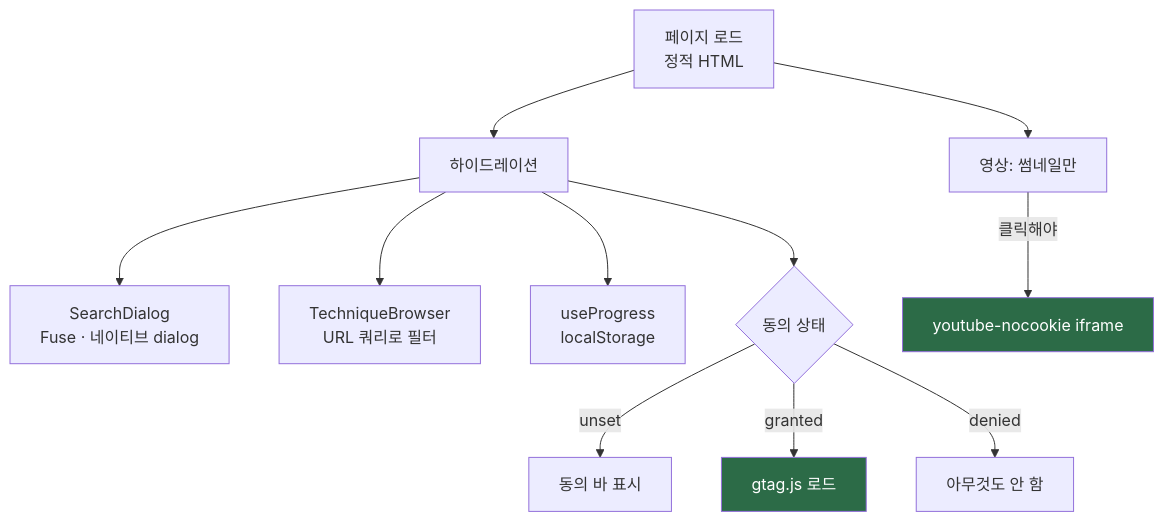
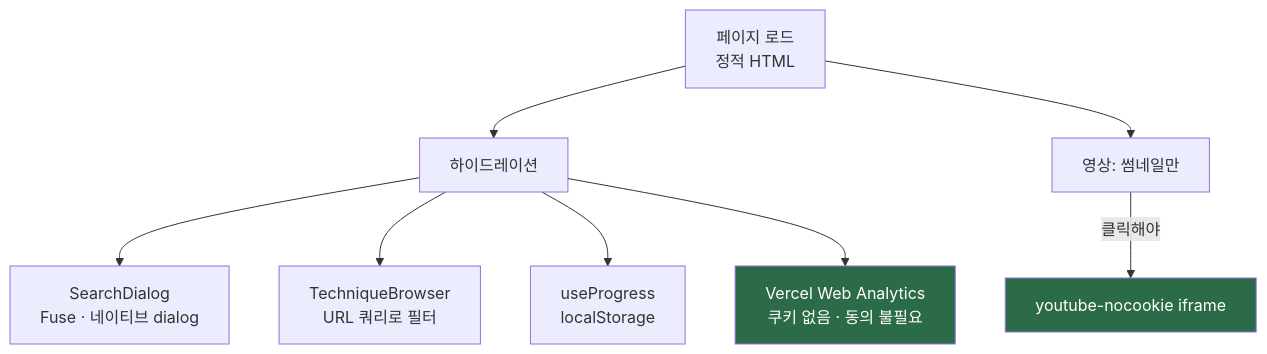
One commit to sehyunnoh/pickleball changed the fifth of 8 diagrams in docs/ARCHITECTURE.md. Above: the diagram before and after it, drawn with Mermaid. The commit also changed other lines of this file and 14 other files, not shown here.

````diff
--- a/docs/ARCHITECTURE.md
+++ b/docs/ARCHITECTURE.md
@@ -160,19 +159,15 @@
 ```mermaid
 flowchart TD
     LOAD["페이지 로드<br/>정적 HTML"] --> HYD["하이드레이션"]
 
     HYD --> S["SearchDialog<br/>Fuse · 네이티브 dialog"]
     HYD --> F["TechniqueBrowser<br/>URL 쿼리로 필터"]
     HYD --> P["useProgress<br/>localStorage"]
-    HYD --> C{"동의 상태"}
-
-    C -->|unset| BANNER["동의 바 표시"]
-    C -->|granted| GA["gtag.js 로드"]
-    C -->|denied| NONE["아무것도 안 함"]
+    HYD --> VA["Vercel Web Analytics<br/>쿠키 없음 · 동의 불필요"]
 
     LOAD --> FACADE["영상: 썸네일만"]
     FACADE -->|클릭해야| IFRAME["youtube-nocookie iframe"]
 
-    style GA fill:#2c6b47,color:#fff
+    style VA fill:#2c6b47,color:#fff
     style IFRAME fill:#2c6b47,color:#fff
 ```
````
